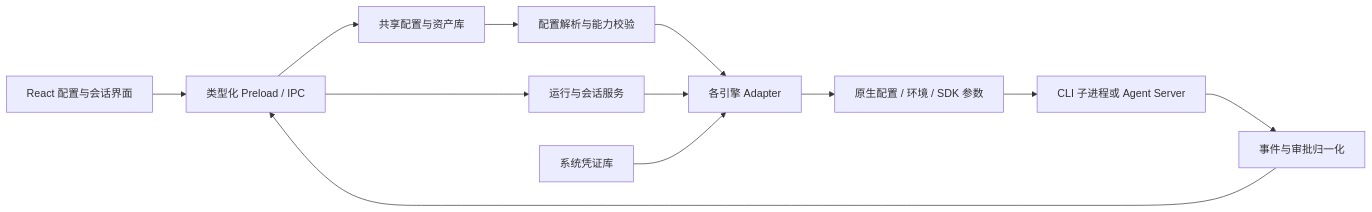
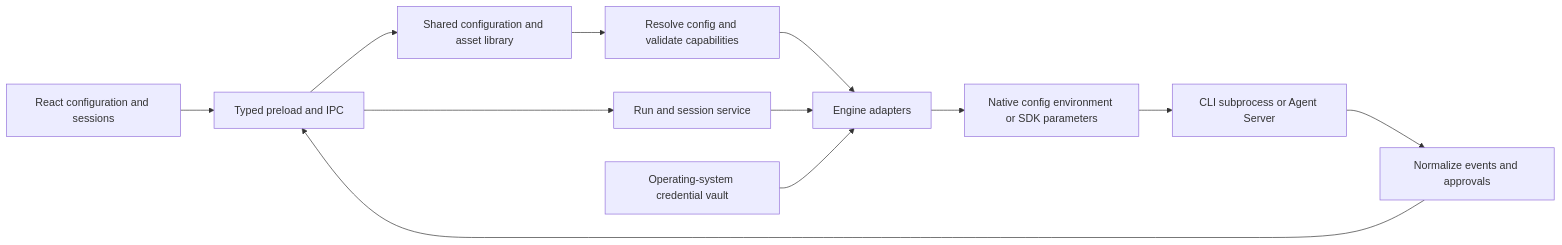
The diagram in docs/cli-agent-research.md (LHKong7/AgentMatrix), drawn with Mermaid before and after one commit. The commit also changed other lines of this file and 3 other files, not shown here.

````diff
--- a/docs/cli-agent-research.md
+++ b/docs/cli-agent-research.md
@@ -261,14 +266,14 @@
 ```mermaid
 flowchart LR
-  UI[React 配置与会话界面] --> IPC[类型化 Preload / IPC]
-  IPC --> Store[共享配置与资产库]
-  IPC --> Runtime[运行与会话服务]
-  Store --> Resolver[配置解析与能力校验]
-  Resolver --> Adapter[各引擎 Adapter]
+  UI[React configuration and sessions] --> IPC[Typed preload and IPC]
+  IPC --> Store[Shared configuration and asset library]
+  IPC --> Runtime[Run and session service]
+  Store --> Resolver[Resolve config and validate capabilities]
+  Resolver --> Adapter[Engine adapters]
   Runtime --> Adapter
-  Vault[系统凭证库] --> Adapter
-  Adapter --> Native[原生配置 / 环境 / SDK 参数]
-  Native --> Engine[CLI 子进程或 Agent Server]
-  Engine --> Events[事件与审批归一化]
+  Vault[Operating-system credential vault] --> Adapter
+  Adapter --> Native[Native config environment or SDK parameters]
+  Native --> Engine[CLI subprocess or Agent Server]
+  Engine --> Events[Normalize events and approvals]
   Events --> IPC
 ```
````
